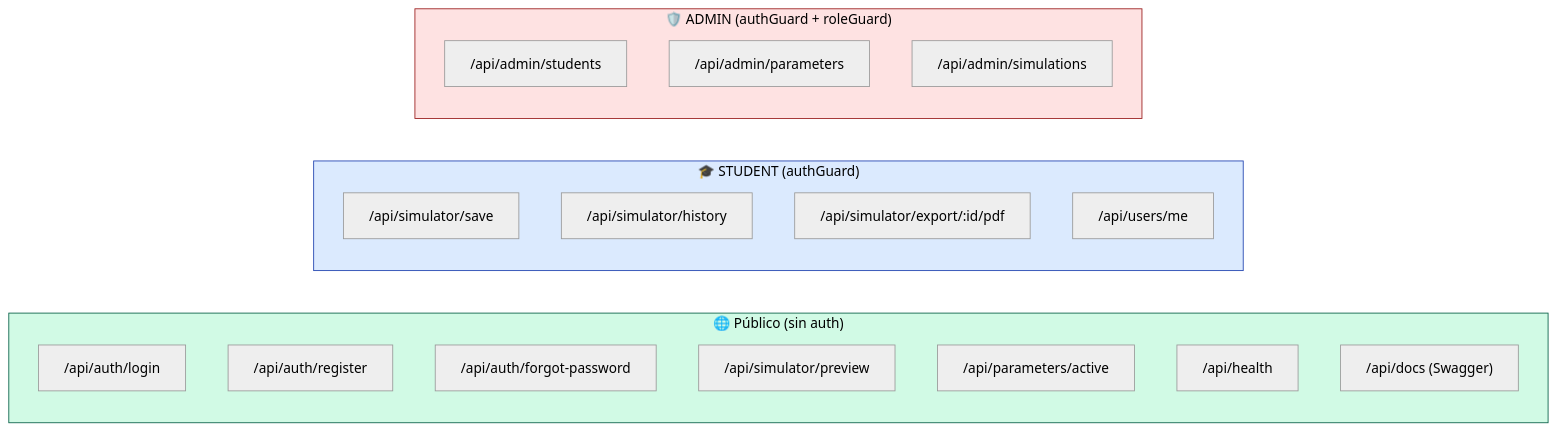
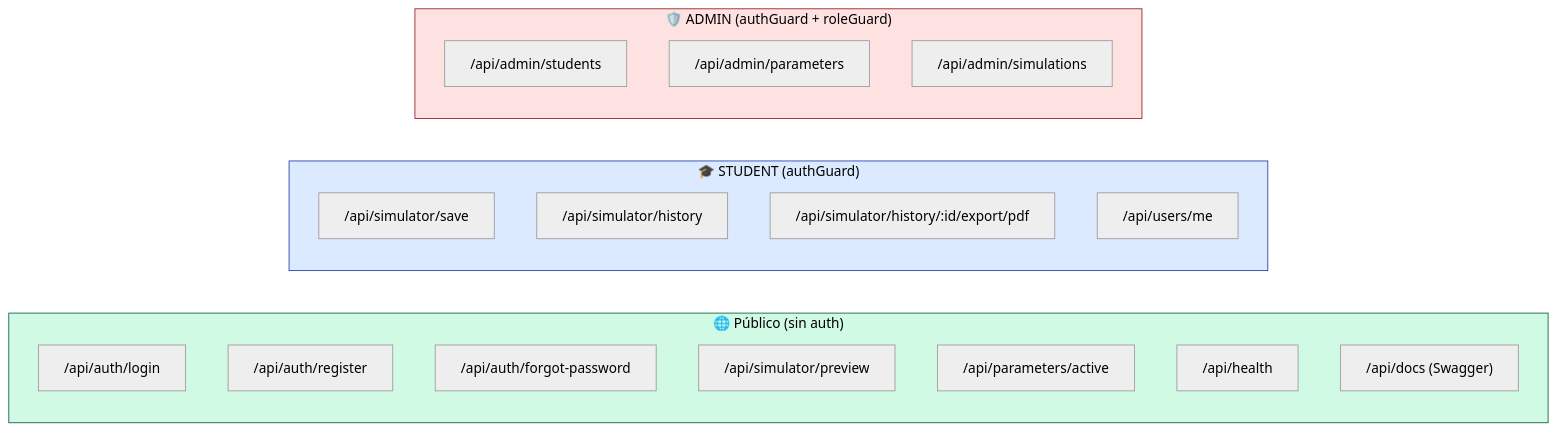
One commit to Dabji/Simulador-Credito-UPB changed the fifth of 9 diagrams in docs/architecture/system-design.md. Above: the diagram before and after it, drawn with Mermaid (neutral theme). The commit also changed other lines of this file and 2 other files, not shown here.

First line of the commit message:
docs(architecture): update system design and technical decisions to reflect current implementation details

````diff
--- a/docs/architecture/system-design.md
+++ b/docs/architecture/system-design.md
@@ -262,29 +264,29 @@
 ```mermaid
 graph LR
     subgraph PUBLICO["🌐 Público (sin auth)"]
         R1["/api/auth/login"]
         R2["/api/auth/register"]
         R3["/api/auth/forgot-password"]
         R4["/api/simulator/preview"]
         R5["/api/parameters/active"]
         R6["/api/health"]
         R7["/api/docs (Swagger)"]
     end
 
     subgraph STUDENT["🎓 STUDENT (authGuard)"]
         R8["/api/simulator/save"]
         R9["/api/simulator/history"]
-        R10["/api/simulator/export/:id/pdf"]
+        R10["/api/simulator/history/:id/export/pdf"]
         R11["/api/users/me"]
     end
 
     subgraph ADMIN["🛡️ ADMIN (authGuard + roleGuard)"]
         R12["/api/admin/students"]
         R13["/api/admin/parameters"]
         R14["/api/admin/simulations"]
     end
 
     style PUBLICO fill:#D1FAE5,stroke:#065F46,color:#000
     style STUDENT fill:#DBEAFE,stroke:#1E40AF,color:#000
     style ADMIN fill:#FEE2E2,stroke:#991B1B,color:#000
 ```
````
